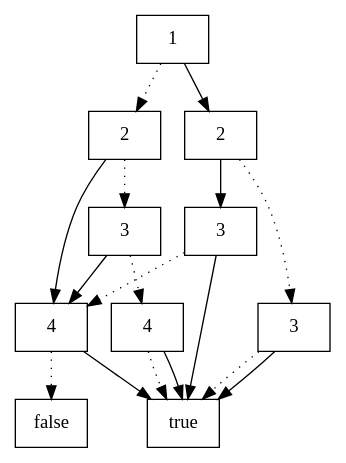
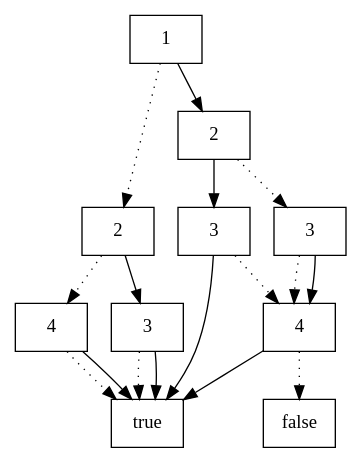
The diagram in testcompressedListe.dot (Freecs11/ouv_project), drawn with Graphviz before and after one commit. The commit also changed 6 other files, not shown here.

```diff
--- a/testcompressedListe.dot
+++ b/testcompressedListe.dot
@@ -1,28 +1,28 @@
 digraph G {
 0 [label="1" shape="cercle"];
 1 [label="2" shape="cercle"];
-2 [label="3" shape="cercle"];
-3 [label="4" shape="cercle"];
-4 [label="true" shape="cercle"];
-3 -> 4 [style=dotted];
-3 -> 4;
-5 [label="4" shape="cercle"];
-6 [label="false" shape="cercle"];
+2 [label="4" shape="cercle"];
+3 [label="true" shape="cercle"];
+2 -> 3 [style=dotted];
+2 -> 3;
+4 [label="3" shape="cercle"];
+4 -> 3 [style=dotted];
+4 -> 3;
+1 -> 2 [style=dotted];
+1 -> 4;
+5 [label="2" shape="cercle"];
+6 [label="3" shape="cercle"];
+7 [label="4" shape="cercle"];
+8 [label="false" shape="cercle"];
+7 -> 8 [style=dotted];
+7 -> 3;
+6 -> 7 [style=dotted];
+6 -> 7;
+9 [label="3" shape="cercle"];
+9 -> 7 [style=dotted];
+9 -> 3;
 5 -> 6 [style=dotted];
-5 -> 4;
-2 -> 3 [style=dotted];
-2 -> 5;
-1 -> 2 [style=dotted];
-1 -> 5;
-7 [label="2" shape="cercle"];
-8 [label="3" shape="cercle"];
-8 -> 4 [style=dotted];
-8 -> 4;
-9 [label="3" shape="cercle"];
-9 -> 5 [style=dotted];
-9 -> 4;
-7 -> 8 [style=dotted];
-7 -> 9;
+5 -> 9;
 0 -> 1 [style=dotted];
-0 -> 7;
+0 -> 5;
 }
```
